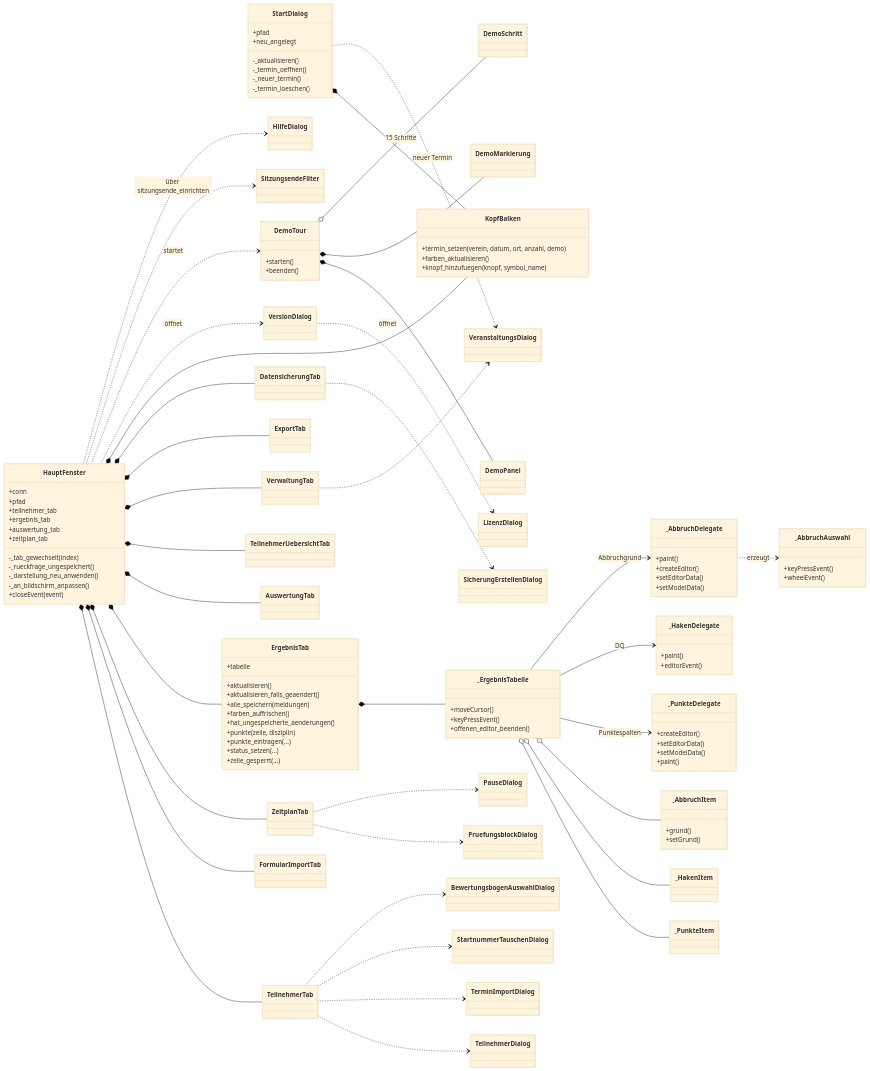
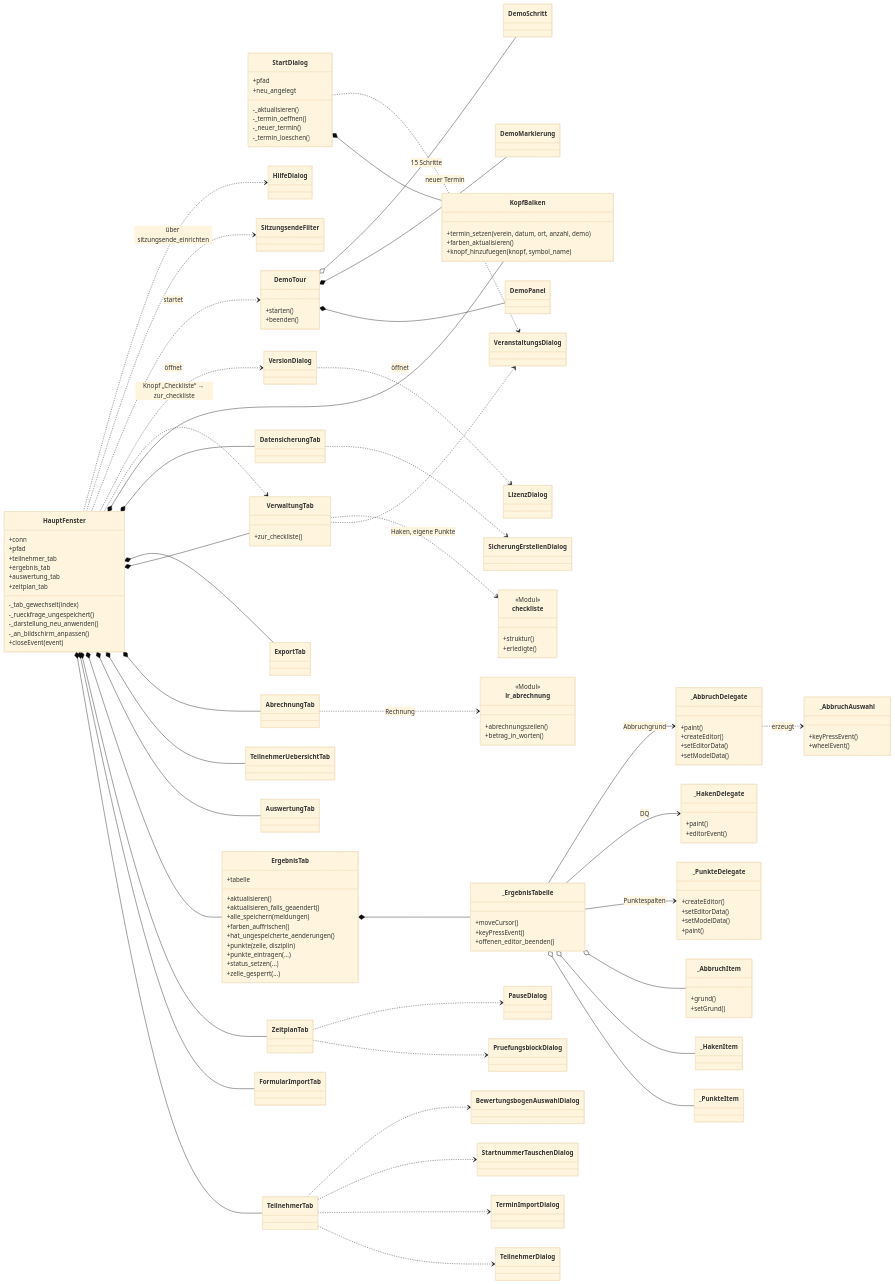
The second of 13 diagrams in UML.md (mbruver-source/SHS), drawn with Mermaid (base theme) before and after one commit. The commit also changed other lines of this file and 43 other files, not shown here.

First line of the commit message:
Version 1.0.58: Abrechnung Leistungsrichter, Checkliste zum Prüfungstermin, Reiter Ausdrucke/Export

```diff
--- a/UML.md
+++ b/UML.md
@@ -163,7 +165,20 @@
     class TeilnehmerUebersichtTab
     class ExportTab
     class ZeitplanTab
-    class VerwaltungTab
+    class AbrechnungTab
+    class VerwaltungTab {
+        +zur_checkliste()
+    }
+    class lr_abrechnung {
+        <<Modul>>
+        +abrechnungszeilen()
+        +betrag_in_worten()
+    }
+    class checkliste {
+        <<Modul>>
+        +struktur()
+        +erledigte()
+    }
     class DatensicherungTab
     class VersionDialog
     class LizenzDialog
@@ -192,11 +207,13 @@
     HauptFenster *-- ErgebnisTab
     HauptFenster *-- AuswertungTab
     HauptFenster *-- TeilnehmerUebersichtTab
+    HauptFenster *-- AbrechnungTab
     HauptFenster *-- VerwaltungTab
     HauptFenster *-- ExportTab
     HauptFenster *-- DatensicherungTab
     HauptFenster *-- KopfBalken
     StartDialog *-- KopfBalken
+    HauptFenster ..> VerwaltungTab : Knopf „Checkliste“ → zur_checkliste
     HauptFenster ..> VersionDialog : öffnet
     VersionDialog ..> LizenzDialog : öffnet
     HauptFenster ..> DemoTour : startet
@@ -217,6 +234,8 @@
     ZeitplanTab ..> PruefungsblockDialog
     ZeitplanTab ..> PauseDialog
     VerwaltungTab ..> VeranstaltungsDialog
+    VerwaltungTab ..> checkliste : Haken, eigene Punkte
+    AbrechnungTab ..> lr_abrechnung : Rechnung
     StartDialog ..> VeranstaltungsDialog : neuer Termin
     DatensicherungTab ..> SicherungErstellenDialog
     HauptFenster ..> HilfeDialog
```
